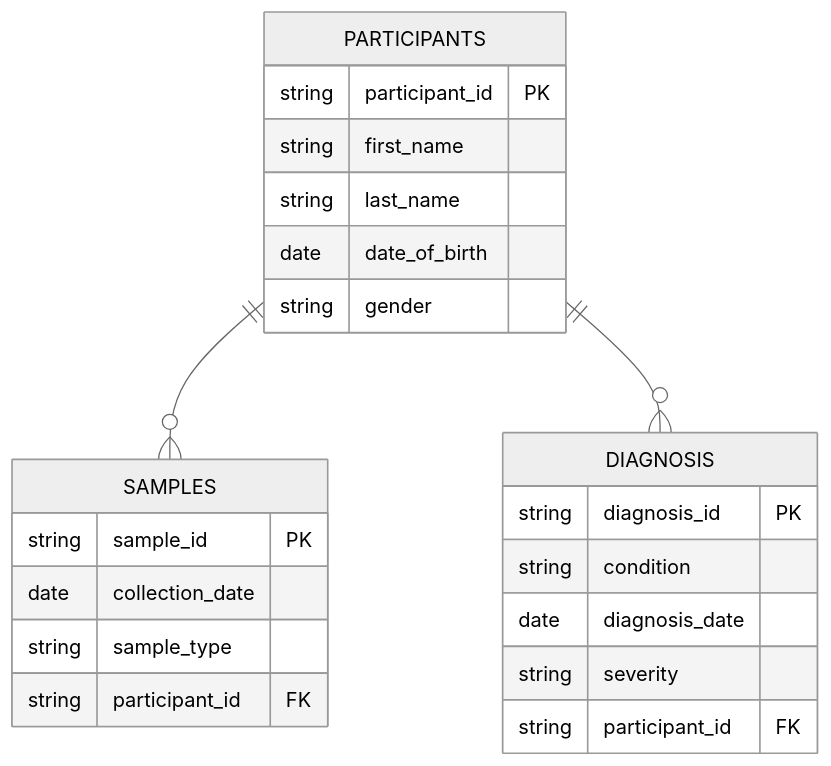
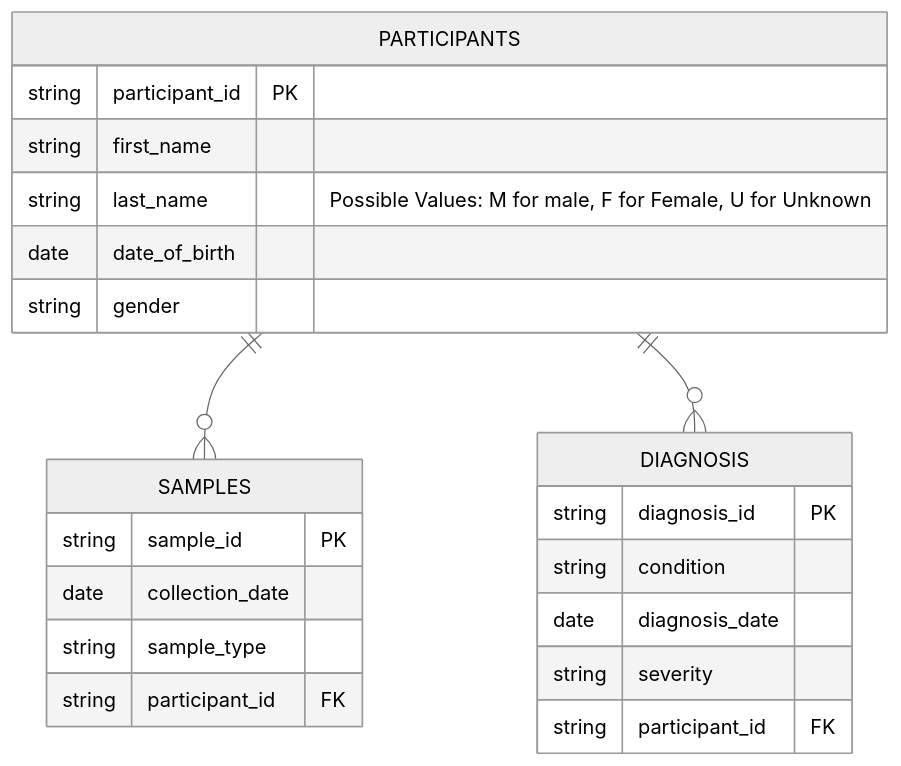
The diagram in tutorial-data-management/Data_Management_Tutorial.md (crs4/bbmri-it-school-tutorials), drawn with Mermaid (neutral theme) before and after one commit. The commit also changed other lines of this file, not shown here.

````diff
--- a/tutorial-data-management/Data_Management_Tutorial.md
+++ b/tutorial-data-management/Data_Management_Tutorial.md
@@ -217,28 +217,28 @@
 ```mermaid
 erDiagram
     PARTICIPANTS {
         string participant_id PK
         string first_name
-        string last_name
+        string last_name "Possible Values: M for male, F for Female, U for Unknown"
         date date_of_birth
         string gender
     }
 
     SAMPLES {
         string sample_id PK
         date collection_date
         string sample_type
         string participant_id FK
     }
 
     DIAGNOSIS {
         string diagnosis_id PK
         string condition
         date diagnosis_date
         string severity
         string participant_id FK
     }
 
     PARTICIPANTS ||--o{ SAMPLES : ""
     PARTICIPANTS ||--o{ DIAGNOSIS : ""
 ```
````
